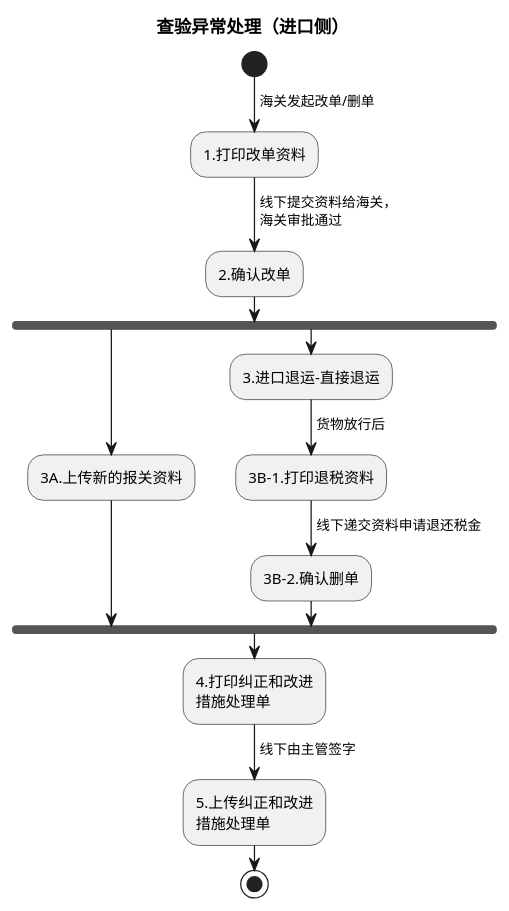
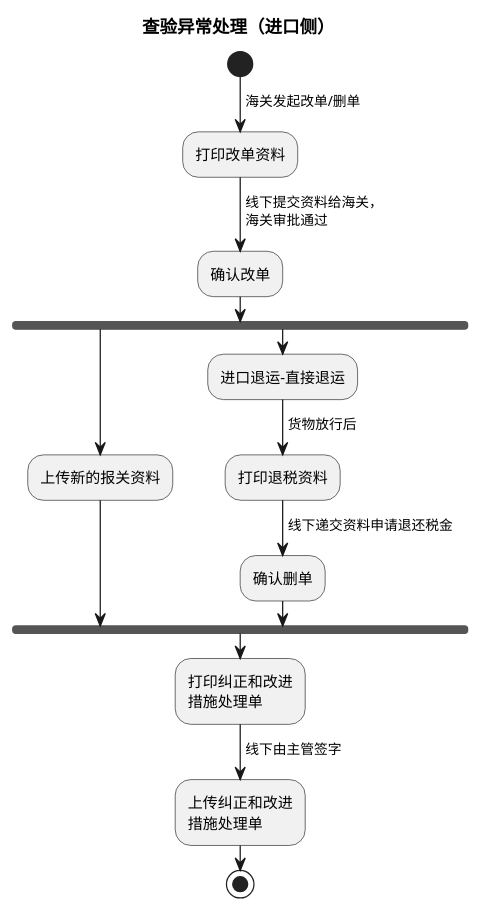
Before and after one commit to jack888332/projects-doc: the seventh of 7 diagrams in product-caliber/goldjet/segmented-prd/mainflow/PRD.高捷物流系统一期.主流程.09.异常处理流程.md, drawn with PlantUML. The commit also changed other lines of this file and 24 other files, not shown here.

````diff
--- a/product-caliber/goldjet/segmented-prd/mainflow/PRD.高捷物流系统一期.主流程.09.异常处理流程.md
+++ b/product-caliber/goldjet/segmented-prd/mainflow/PRD.高捷物流系统一期.主流程.09.异常处理流程.md
@@ -166,24 +166,24 @@
 ```plantuml
 @startuml goldjet-mainflow-09-9648187c-05
 skinparam activityDiamondBackgroundColor #FFF4CC
 title 查验异常处理（进口侧）
 start
 -> 海关发起改单/删单;
-:1.打印改单资料;
+:打印改单资料;
 -> 线下提交资料给海关，\n海关审批通过;
-:2.确认改单;
+:确认改单;
 fork
-  :3A.上传新的报关资料;
+  :上传新的报关资料;
 fork again
-  :3.进口退运-直接退运;
+  :进口退运-直接退运;
   -> 货物放行后;
-  :3B-1.打印退税资料;
+  :打印退税资料;
   -> 线下递交资料申请退还税金;
-  :3B-2.确认删单;
+  :确认删单;
 end fork
-:4.打印纠正和改进\n措施处理单;
+:打印纠正和改进\n措施处理单;
 -> 线下由主管签字;
-:5.上传纠正和改进\n措施处理单;
+:上传纠正和改进\n措施处理单;
 stop
 @enduml
 ```
````
